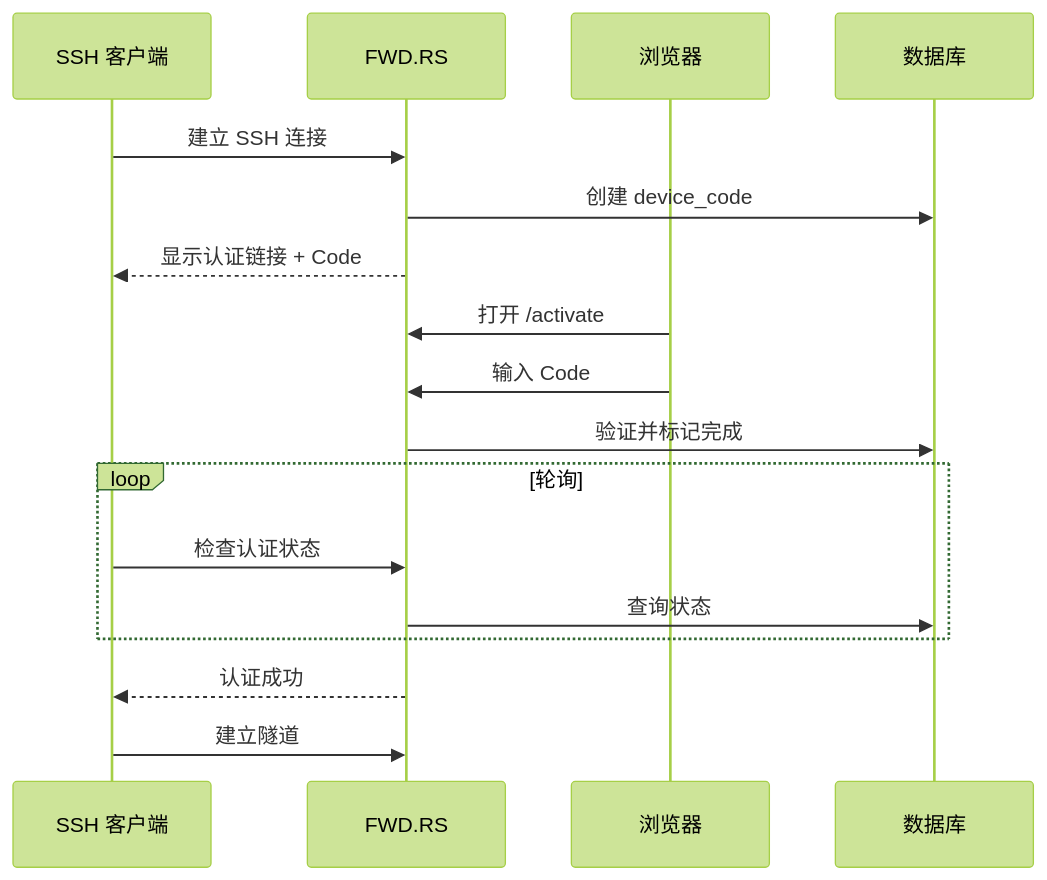
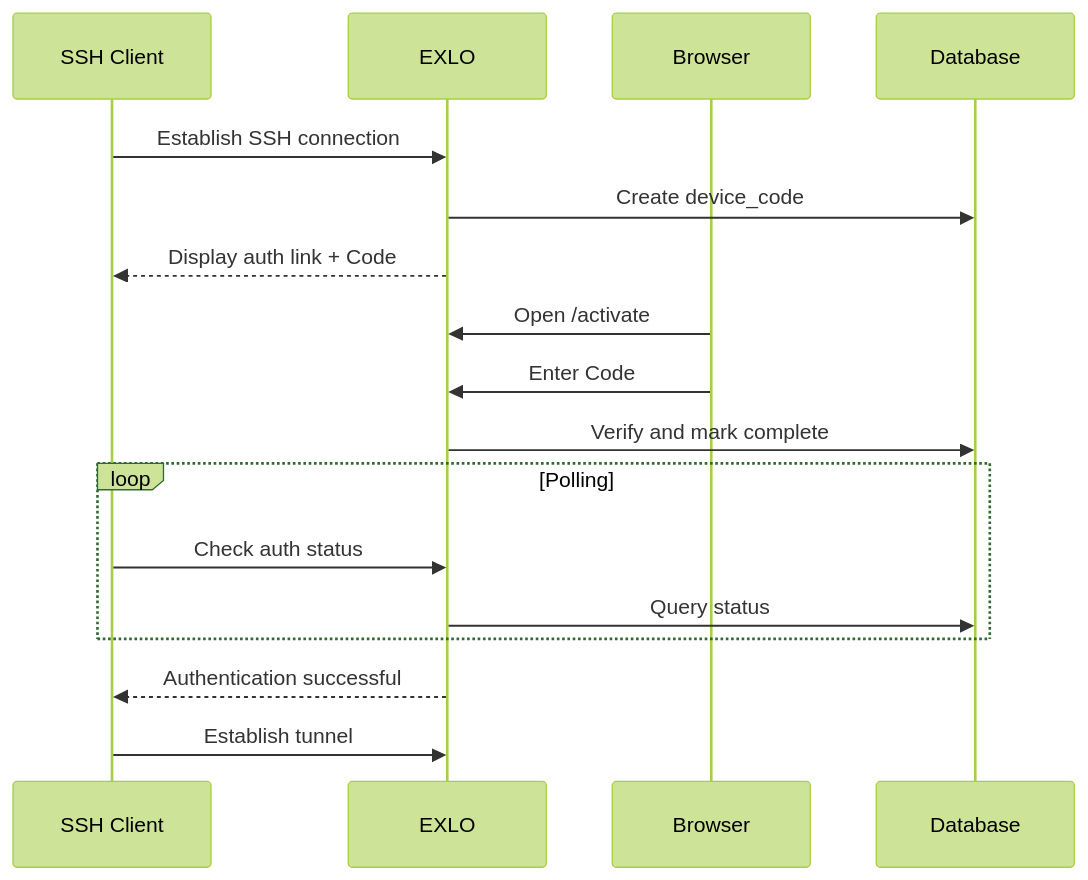
The third of 3 diagrams in apps/docs/content/docs/architecture.mdx (ZingerLittleBee/EXLO), drawn with Mermaid (forest theme) before and after one commit. The commit also changed other lines of this file and 31 other files, not shown here.

````diff
--- a/apps/docs/content/docs/architecture.mdx
+++ b/apps/docs/content/docs/architecture.mdx
@@ -92,23 +92,23 @@
 ```mermaid
 sequenceDiagram
-    participant SSH as SSH 客户端
-    participant Server as FWD.RS
-    participant Browser as 浏览器
-    participant DB as 数据库
+    participant SSH as SSH Client
+    participant Server as EXLO
+    participant Browser as Browser
+    participant DB as Database
 
-    SSH->>Server: 建立 SSH 连接
-    Server->>DB: 创建 device_code
-    Server-->>SSH: 显示认证链接 + Code
+    SSH->>Server: Establish SSH connection
+    Server->>DB: Create device_code
+    Server-->>SSH: Display auth link + Code
 
-    Browser->>Server: 打开 /activate
-    Browser->>Server: 输入 Code
-    Server->>DB: 验证并标记完成
+    Browser->>Server: Open /activate
+    Browser->>Server: Enter Code
+    Server->>DB: Verify and mark complete
 
-    loop 轮询
-        SSH->>Server: 检查认证状态
-        Server->>DB: 查询状态
+    loop Polling
+        SSH->>Server: Check auth status
+        Server->>DB: Query status
     end
 
-    Server-->>SSH: 认证成功
-    SSH->>Server: 建立隧道
+    Server-->>SSH: Authentication successful
+    SSH->>Server: Establish tunnel
 ```
````
